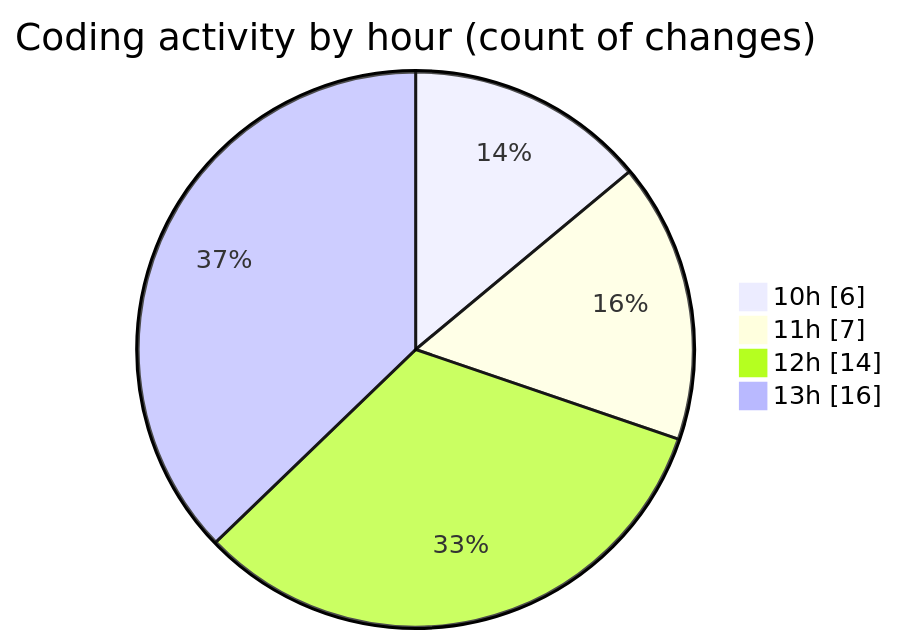
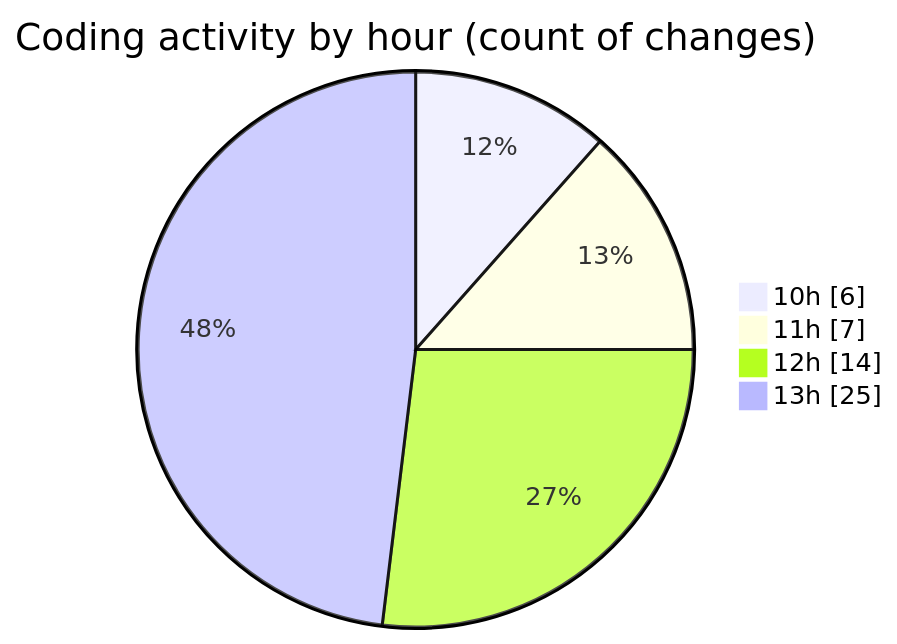
One commit to momahboobian/code-tracking changed the second of 2 diagrams in 2025-06-23/cda/README.md. Above: the diagram before and after it, drawn with Mermaid. The commit also changed other lines of this file and 1 other file, not shown here.

````diff
--- a/2025-06-23/cda/README.md
+++ b/2025-06-23/cda/README.md
@@ -35,8 +35,8 @@
 ```mermaid
 pie showData
 title Coding activity by hour (count of changes)
 "10h" : 6
 "11h" : 7
 "12h" : 14
-"13h" : 16
+"13h" : 25
 ```
````
